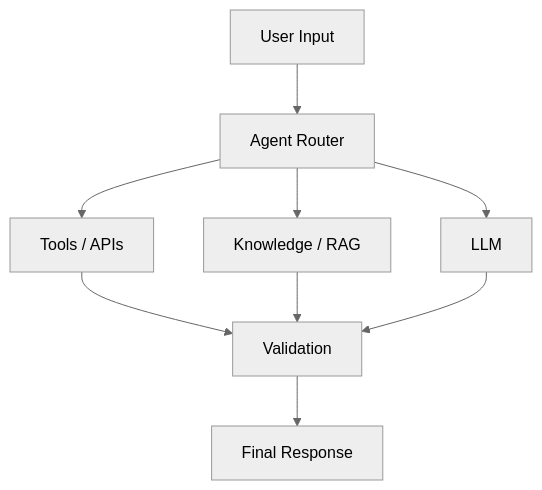
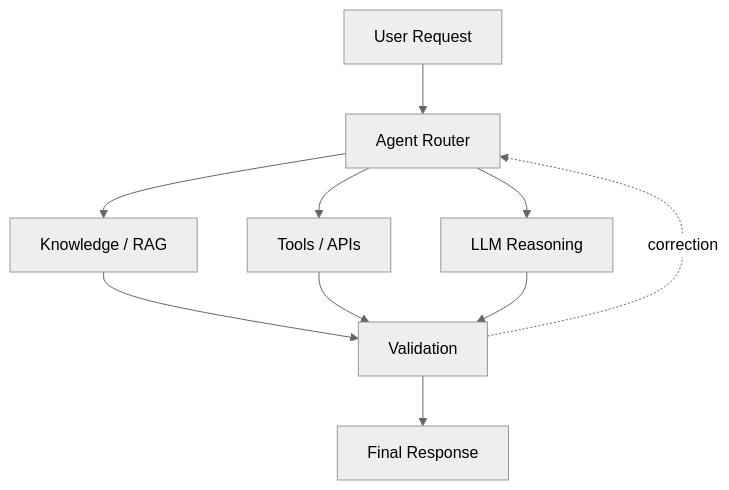
The second of 2 diagrams in README.md (bhamniyaravi/bhamniyaravi), drawn with Mermaid (neutral theme) before and after one commit. The commit also changed other lines of this file, not shown here.

````diff
--- a/README.md
+++ b/README.md
@@ -208,11 +212,12 @@
 ```mermaid
 flowchart TD
-    U[User Input] --> R[Agent Router]
+    U[User Request] --> R[Agent Router]
+    R --> K[Knowledge / RAG]
     R --> T[Tools / APIs]
-    R --> K[Knowledge / RAG]
-    R --> L[LLM]
-    T --> V[Validation]
-    K --> V
+    R --> L[LLM Reasoning]
+    K --> V[Validation]
+    T --> V
     L --> V
     V --> O[Final Response]
+    V -. correction .-> R
 ```
````
